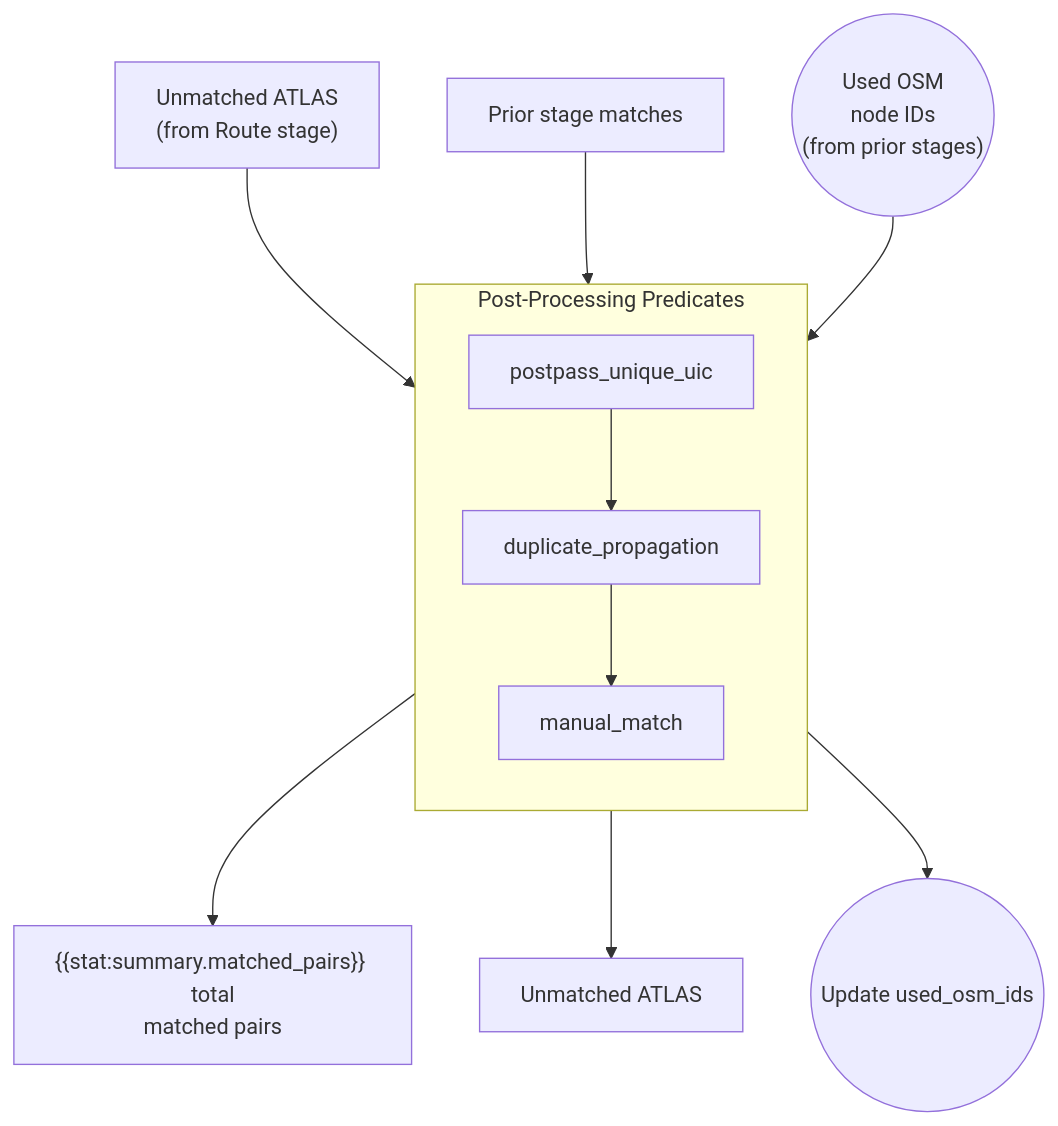
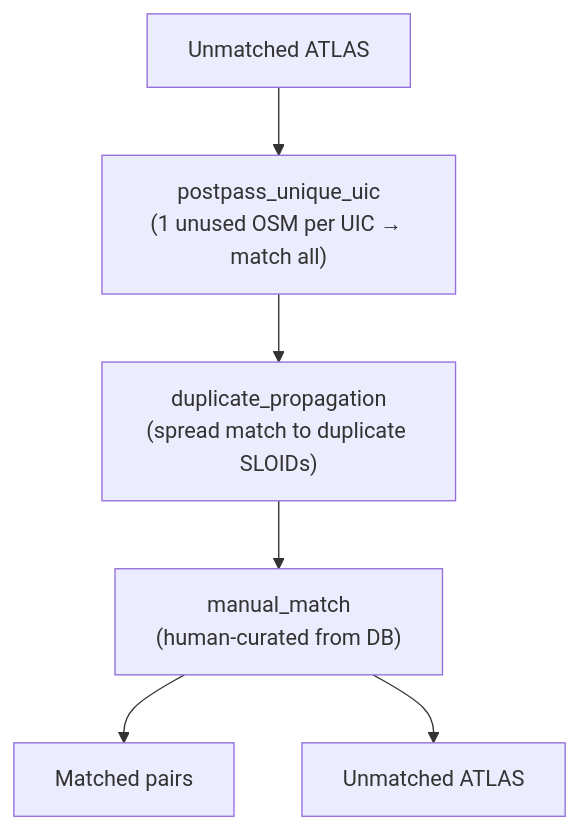
The diagram in documentation/2.5 Post-processing.md (openTdataCH/stop_sync_osm_atlas), drawn with Mermaid before and after one commit. The commit also changed 39 other files, not shown here.

````diff
--- a/documentation/2.5 Post-processing.md
+++ b/documentation/2.5 Post-processing.md
@@ -5,23 +5,8 @@
 ```mermaid
 flowchart TB
-    %% ===== INPUTS =====
-    IN["Unmatched ATLAS<br/>(from Route stage)"]
-    PRIOR["Prior stage matches"]
-    U(("Used OSM<br/>node IDs<br/>(from prior stages)"))
-
-    IN --> P1
-    PRIOR --> P1
-    U --> P1
-
-    subgraph Post["Post-Processing Predicates"]
-        direction TB
-        P1["postpass_unique_uic"]
-        P2["duplicate_propagation"]
-        P3["manual_match"]
-        P1 --> P2 --> P3
-    end
-
-    P3 --> OUT["{{stat:summary.matched_pairs}} total<br/>matched pairs"]
+    IN["Unmatched ATLAS"] --> P1["postpass_unique_uic<br/>(1 unused OSM per UIC → match all)"]
+    P1 --> P2["duplicate_propagation<br/>(spread match to duplicate SLOIDs)"]
+    P2 --> P3["manual_match<br/>(human-curated from DB)"]
+    P3 --> OUT["Matched pairs"]
     P3 --> UA["Unmatched ATLAS"]
-    P3 --> U2(("Update used_osm_ids"))
 ```
````
